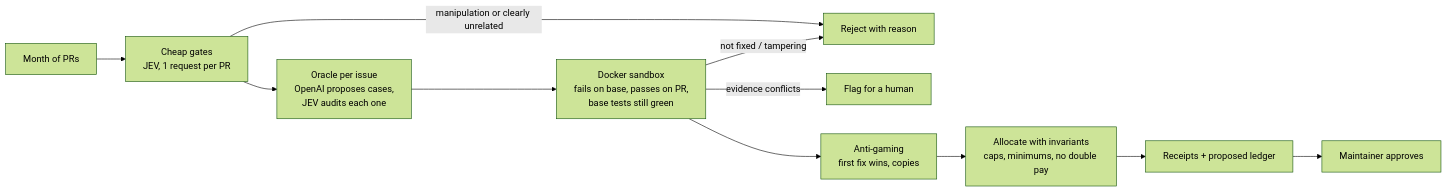
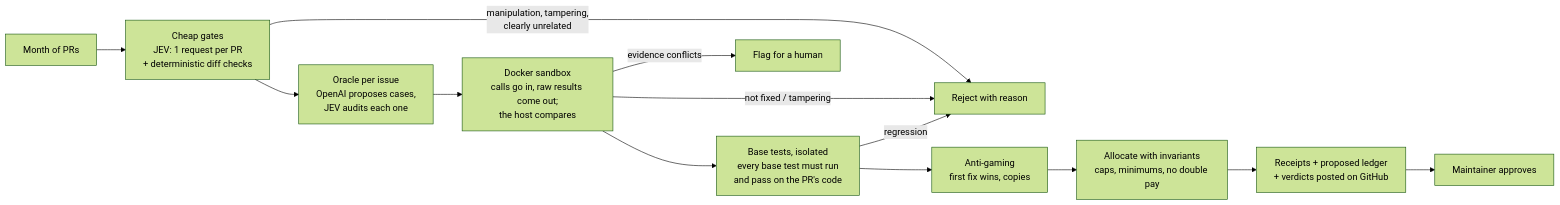
One commit to VARUN3WARE/Linus changed the diagram in README.md. Above: the diagram before and after it, drawn with Mermaid (forest theme). The commit also changed other lines of this file and 4 other files, not shown here.

First line of the commit message:
Docs: v6, live GitHub demo, red-team rounds, measured economics

````diff
--- a/README.md
+++ b/README.md
@@ -12,13 +17,15 @@
 ```mermaid
 flowchart LR
-    A[Month of PRs] --> B["Cheap gates<br/>JEV, 1 request per PR"]
-    B -->|manipulation or clearly unrelated| R[Reject with reason]
+    A[Month of PRs] --> B["Cheap gates<br/>JEV: 1 request per PR<br/>+ deterministic diff checks"]
+    B -->|manipulation, tampering,<br/>clearly unrelated| R[Reject with reason]
     B --> C["Oracle per issue<br/>OpenAI proposes cases,<br/>JEV audits each one"]
-    C --> D["Docker sandbox<br/>fails on base, passes on PR,<br/>base tests still green"]
+    C --> D["Docker sandbox<br/>calls go in, raw results come out;<br/>the host compares"]
     D -->|not fixed / tampering| R
+    D --> T["Base tests, isolated<br/>every base test must run<br/>and pass on the PR's code"]
+    T -->|regression| R
     D -->|evidence conflicts| H[Flag for a human]
-    D --> E["Anti-gaming<br/>first fix wins, copies"]
+    T --> E["Anti-gaming<br/>first fix wins, copies"]
     E --> F["Allocate with invariants<br/>caps, minimums, no double pay"]
-    F --> G["Receipts + proposed ledger"]
+    F --> G["Receipts + proposed ledger<br/>+ verdicts posted on GitHub"]
     G --> M[Maintainer approves]
 ```
````
